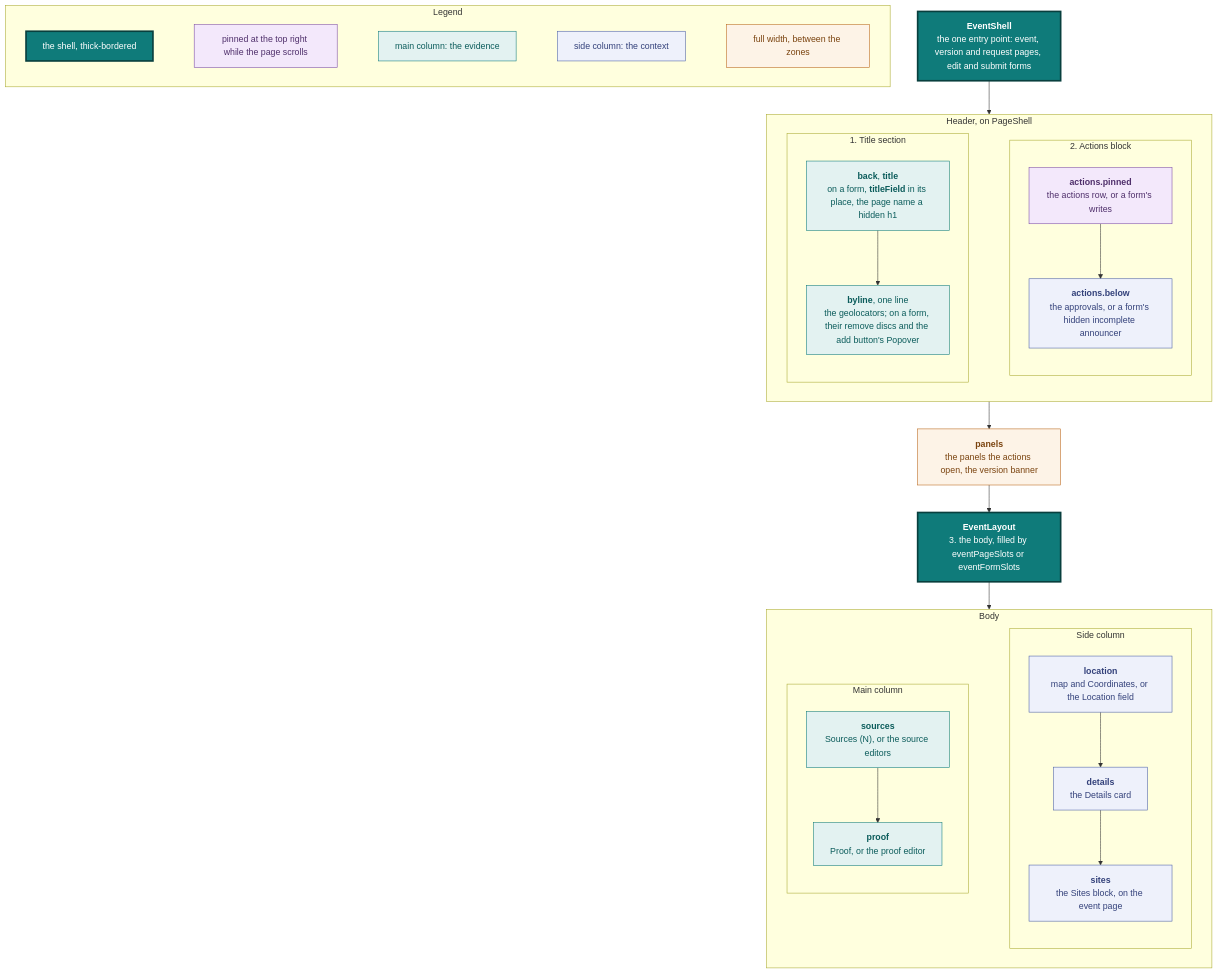
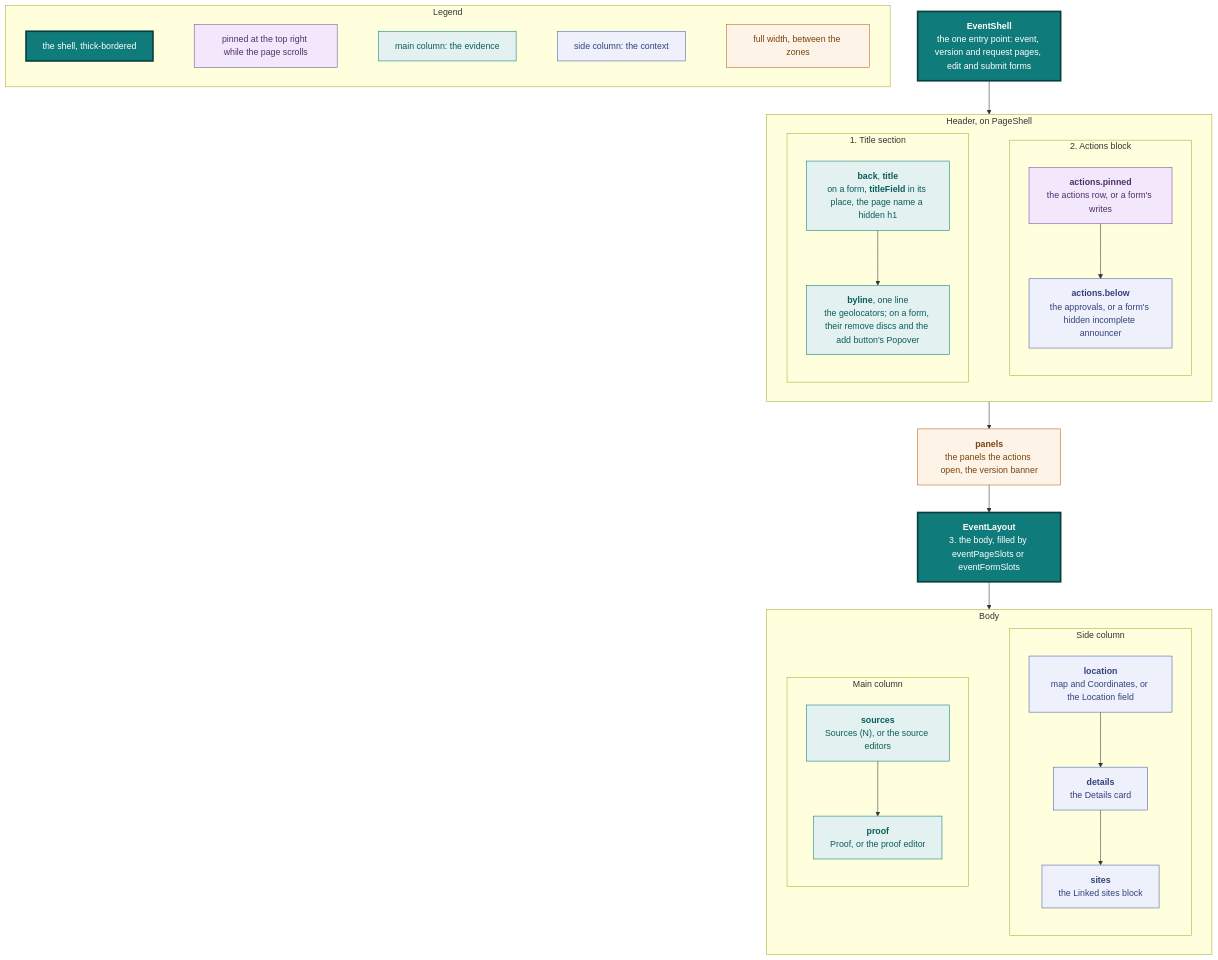
One commit to vidithq/vidit changed the eighth of 19 diagrams in docs/design.md. Above: the diagram before and after it, drawn with Mermaid. The commit also changed other lines of this file and 32 other files, not shown here.

First line of the commit message:
feat(sites): link sites from the event, not from the site (#777)

````diff
--- a/docs/design.md
+++ b/docs/design.md
@@ -815,73 +815,73 @@
 ```mermaid
 flowchart TB
   classDef core fill:#0f7b7a,stroke:#083f3e,stroke-width:3px,color:#ffffff
   classDef pinned fill:#f3e8fb,stroke:#7a4aa5,color:#4f2f6b
   classDef shared fill:#e3f2f1,stroke:#0f7b7a,color:#0b5c5b
   classDef spec fill:#eef1fb,stroke:#4a5fa5,color:#33417a
   classDef state fill:#fdf3e7,stroke:#b8661a,color:#7a430f
 
   subgraph legend [Legend]
     direction LR
     l1["`the shell, thick-bordered`"]:::core
     l5["`pinned at the top right while the page scrolls`"]:::pinned
     l2["`main column: the evidence`"]:::shared
     l3["`side column: the context`"]:::spec
     l4["`full width, between the zones`"]:::state
     l1 ~~~ l5 ~~~ l2 ~~~ l3 ~~~ l4
   end
 
   shell["`**EventShell**
   the one entry point: event, version and request pages, edit and submit forms`"]:::core
 
   subgraph top [Header, on PageShell]
     direction LR
     subgraph titlesection [1. Title section]
       direction TB
       heading["`**back**, **title**
       on a form, **titleField** in its place, the page name a hidden h1`"]:::shared
       byline["`**byline**, one line
       the geolocators; on a form, their remove discs and the add button's Popover`"]:::shared
       heading --> byline
     end
     subgraph actionsblock [2. Actions block]
       direction TB
       pinned["`**actions.pinned**
       the actions row, or a form's writes`"]:::pinned
       under["`**actions.below**
       the approvals, or a form's hidden incomplete announcer`"]:::spec
       pinned --> under
     end
     titlesection ~~~ actionsblock
   end
 
   between["`**panels**
   the panels the actions open, the version banner`"]:::state
 
   layout["`**EventLayout**
   3. the body, filled by eventPageSlots or eventFormSlots`"]:::core
 
   subgraph body [Body]
     direction LR
     subgraph main [Main column]
       direction TB
       sources["`**sources**
       Sources (N), or the source editors`"]:::shared
       proof["`**proof**
       Proof, or the proof editor`"]:::shared
       sources --> proof
     end
     subgraph side [Side column]
       direction TB
       location["`**location**
       map and Coordinates, or the Location field`"]:::spec
       details["`**details**
       the Details card`"]:::spec
       sites["`**sites**
-      the Sites block, on the event page`"]:::spec
+      the Linked sites block`"]:::spec
       location --> details --> sites
     end
     main ~~~ side
   end
 
   shell --> top --> between --> layout --> body
 ```
````
